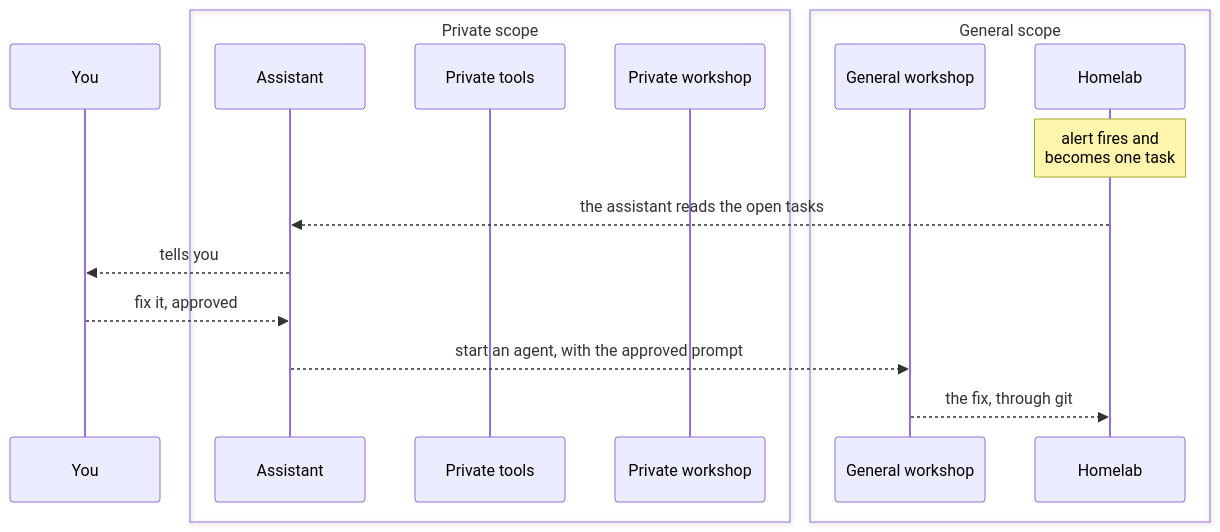
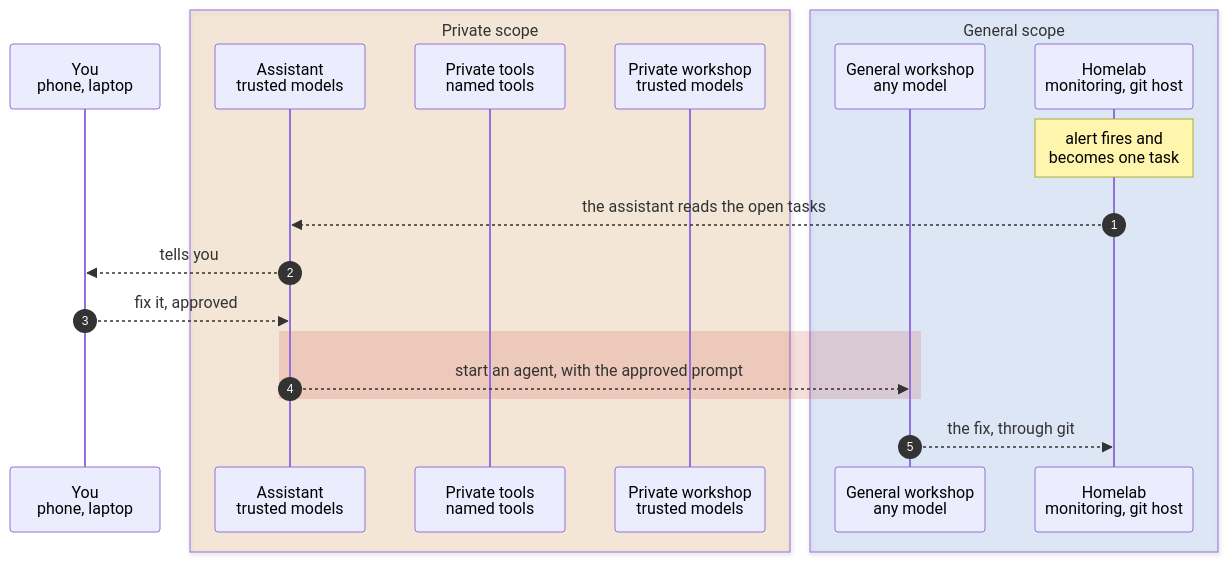
The seventh of 8 diagrams in kubernetes/apps/main/llm/docs/flows.md (h-wb/home-ops), drawn with Mermaid before and after one commit. The commit also changed other lines of this file and 26 other files, not shown here.

````diff
--- a/kubernetes/apps/main/llm/docs/flows.md
+++ b/kubernetes/apps/main/llm/docs/flows.md
@@ -269,19 +230,22 @@
 ```mermaid
 sequenceDiagram
-    participant Y as You
-    box Private scope
-        participant H as Assistant
-        participant T as Private tools
-        participant P as Private workshop
+    autonumber
+    participant Y as You<br/>phone, laptop
+    box rgba(240,170,82,0.18) Private scope
+        participant H as Assistant<br/>trusted models
+        participant T as Private tools<br/>named tools
+        participant P as Private workshop<br/>trusted models
     end
-    box General scope
-        participant G as General workshop
-        participant X as Homelab
+    box rgba(120,174,252,0.18) General scope
+        participant G as General workshop<br/>any model
+        participant X as Homelab<br/>monitoring, git host
     end
     Note over X: alert fires and<br/>becomes one task
     X-->>H: the assistant reads the open tasks
     H-->>Y: tells you
     Y-->>H: fix it, approved
-    H-->>G: start an agent, with the approved prompt
+    rect rgba(192,39,29,0.15)
+        H-->>G: start an agent, with the approved prompt
+    end
     G-->>X: the fix, through git
 ```
````
